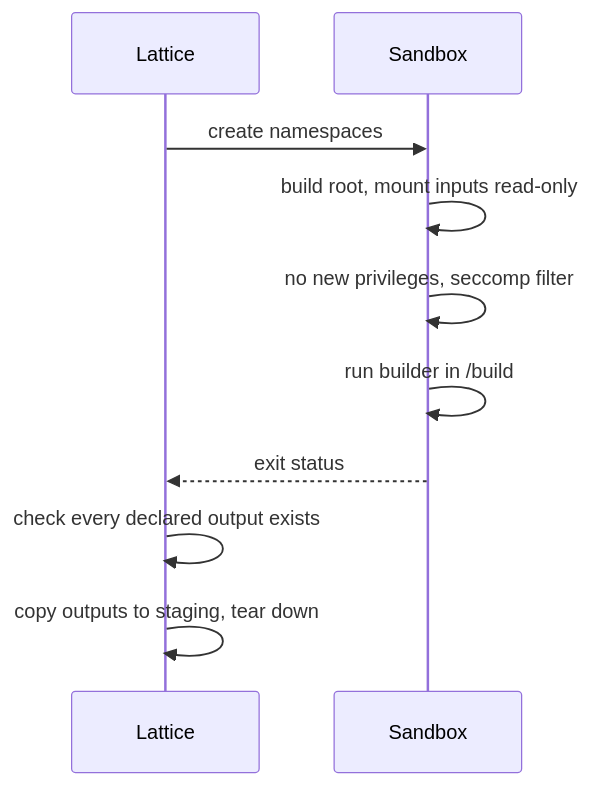
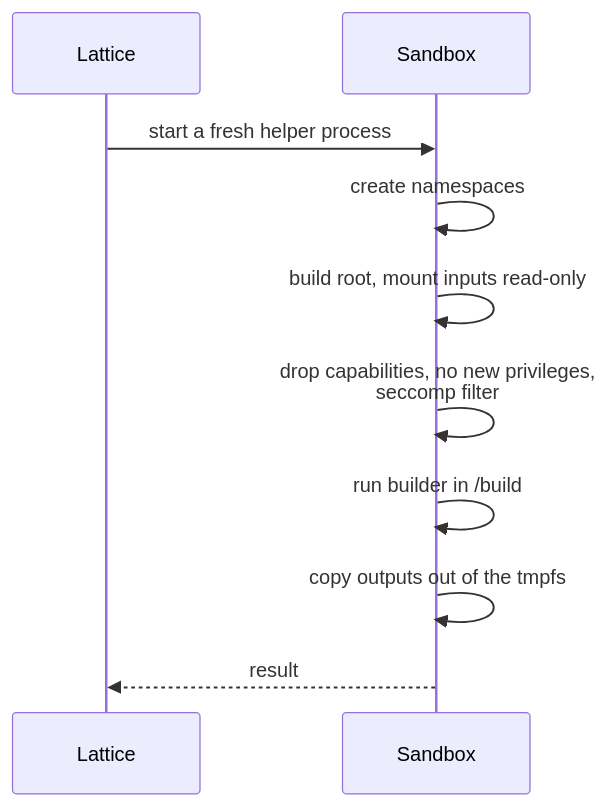
One commit to PacketFive/PyrixOS changed the diagram in docs/components/sandbox.md. Above: the diagram before and after it, drawn with Mermaid. The commit also changed other lines of this file and 5 other files, not shown here.

````diff
--- a/docs/components/sandbox.md
+++ b/docs/components/sandbox.md
@@ -36,21 +36,21 @@
 ```mermaid
 ---
 config:
   themeVariables:
     fontSize: 16px
   flowchart:
     useMaxWidth: false
   sequence:
     useMaxWidth: false
 ---
 sequenceDiagram
     participant L as Lattice
     participant S as Sandbox
-    L->>S: create namespaces
+    L->>S: start a fresh helper process
+    S->>S: create namespaces
     S->>S: build root, mount inputs read-only
-    S->>S: no new privileges, seccomp filter
+    S->>S: drop capabilities, no new privileges,<br/>seccomp filter
     S->>S: run builder in /build
-    S-->>L: exit status
-    L->>L: check every declared output exists
-    L->>L: copy outputs to staging, tear down
+    S->>S: copy outputs out of the tmpfs
+    S-->>L: result
 ```
````
